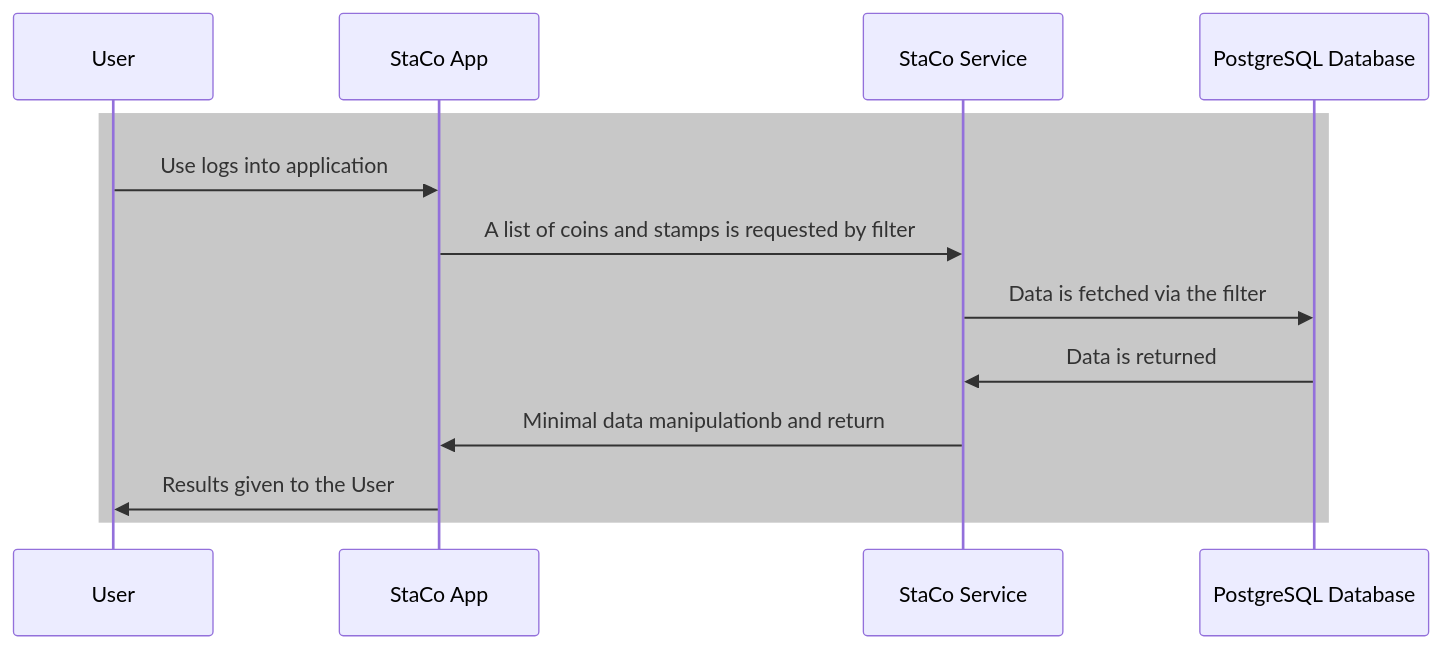
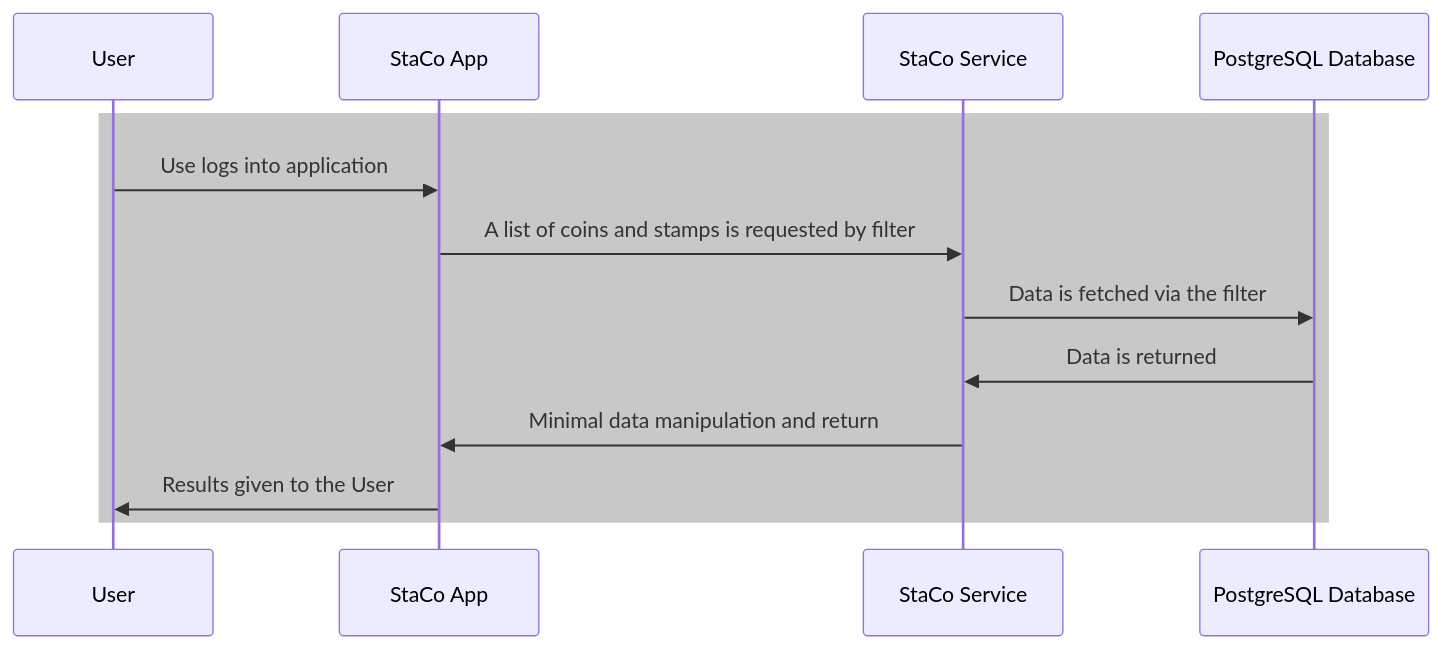
One commit to jesperancinha/staco-app changed the diagram in README.md. Above: the diagram before and after it, drawn with Mermaid. The commit also changed other lines of this file and 4 other files, not shown here.

````diff
--- a/README.md
+++ b/README.md
@@ -106,20 +106,20 @@
 ```mermaid
 
 sequenceDiagram
     participant User
     participant StaCo App
     participant StaCo Service
     participant PostgreSQL Database
     
     rect rgb(200,200,200)
     
     User->>StaCo App: Use logs into application
     StaCo App->>StaCo Service: A list of coins and stamps is requested by filter
     StaCo Service->>PostgreSQL Database: Data is fetched via the filter
     PostgreSQL Database ->>StaCo Service: Data is returned
-    StaCo Service->>StaCo App: Minimal data manipulationb and return
+    StaCo Service->>StaCo App: Minimal data manipulation and return
     StaCo App->>User: Results given to the User
     
     end
 
 ```
````
